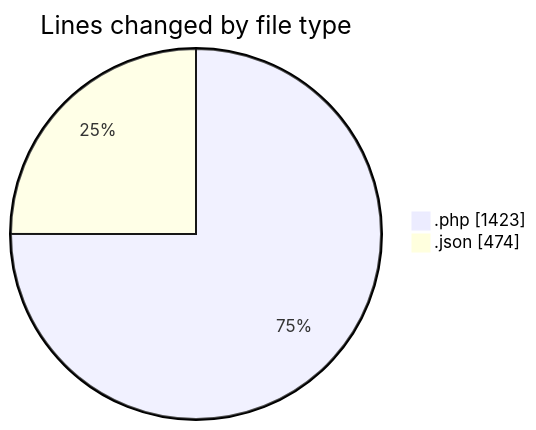
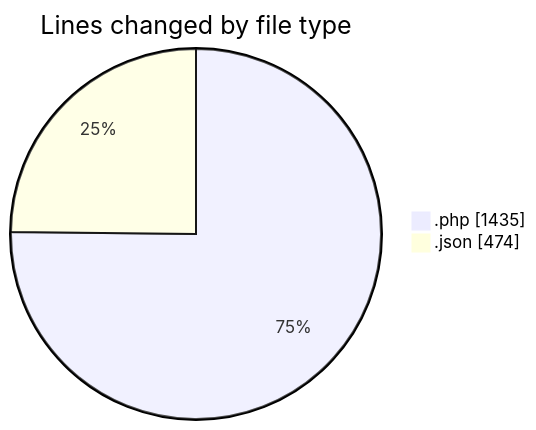
The first of 2 diagrams in 2025-06-22/studio-backend/README.md (idhammustaqopulfikri/code-tracking), drawn with Mermaid before and after one commit. The commit also changed other lines of this file and 1 other file, not shown here.

````diff
--- a/2025-06-22/studio-backend/README.md
+++ b/2025-06-22/studio-backend/README.md
@@ -25,6 +25,6 @@
 ```mermaid
 pie showData
 title Lines changed by file type
-".php" : 1423
+".php" : 1435
 ".json" : 474
 ```
````
